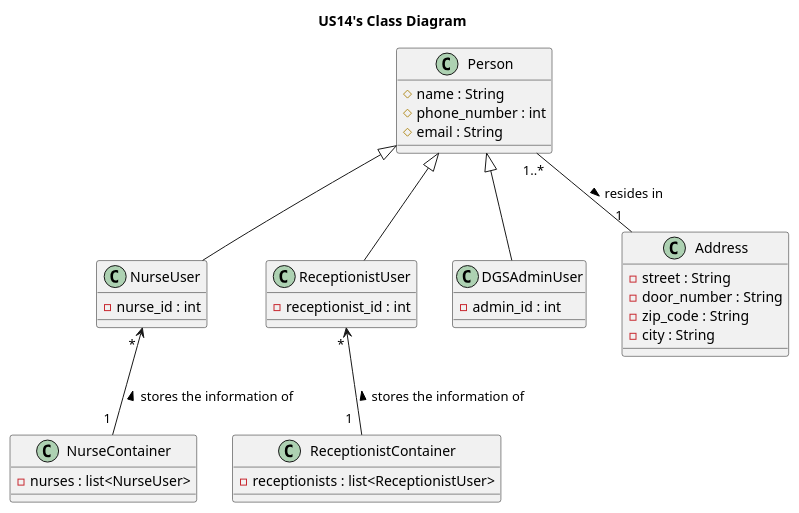
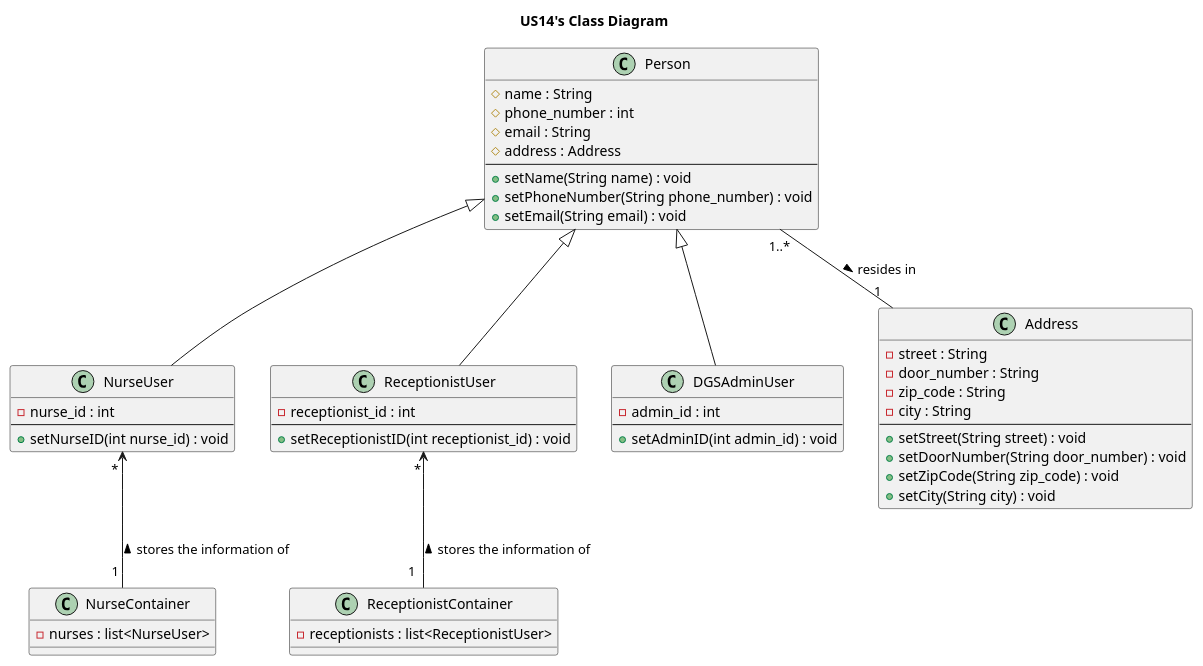
Before and after one commit to pedroguilherme-web/leti-esoft-25-26-A1: the diagram in docs/system-documentation/US14/puml/US14-CD.puml, drawn with PlantUML. The commit also changed 2 other files, not shown here.

```diff
--- a/docs/system-documentation/US14/puml/US14-CD.puml
+++ b/docs/system-documentation/US14/puml/US14-CD.puml
@@ -1,42 +1,54 @@
 @startuml
 'https://plantuml.com/class-diagram
 
 title US14's Class Diagram
 
 class Person {
     # name : String
     # phone_number : int
     # email : String
+    # address : Address
+    ---
+    + setName(String name) : void
+    + setPhoneNumber(String phone_number) : void
+    + setEmail(String email) : void
 }
-class NurseUser {
+class NurseUser extends Person {
     - nurse_id : int
+    ---
+    + setNurseID(int nurse_id) : void
 }
-class ReceptionistUser {
+class ReceptionistUser extends Person {
     - receptionist_id : int
+    ---
+    + setReceptionistID(int receptionist_id) : void
 }
-class DGSAdminUser {
+class DGSAdminUser extends Person {
     - admin_id : int
+    ---
+    + setAdminID(int admin_id) : void
 }
 class Address {
     - street : String
     - door_number : String
     - zip_code : String
     - city : String
+    ---
+    + setStreet(String street) : void
+    + setDoorNumber(String door_number) : void
+    + setZipCode(String zip_code) : void
+    + setCity(String city) : void
 }
 class NurseContainer {
     - nurses : list<NurseUser>
 }
 class ReceptionistContainer {
     - receptionists : list<ReceptionistUser>
 }
 
-
-Person <|-- NurseUser
-Person <|-- ReceptionistUser
-Person <|-- DGSAdminUser
 Person "1..*" -- "1"  Address: resides in >
 NurseUser "                 *" <-- "1 " NurseContainer: < stores the information of
 ReceptionistUser "         *" <-- "1  " ReceptionistContainer: stores the information of <
 
 
 @enduml
```
